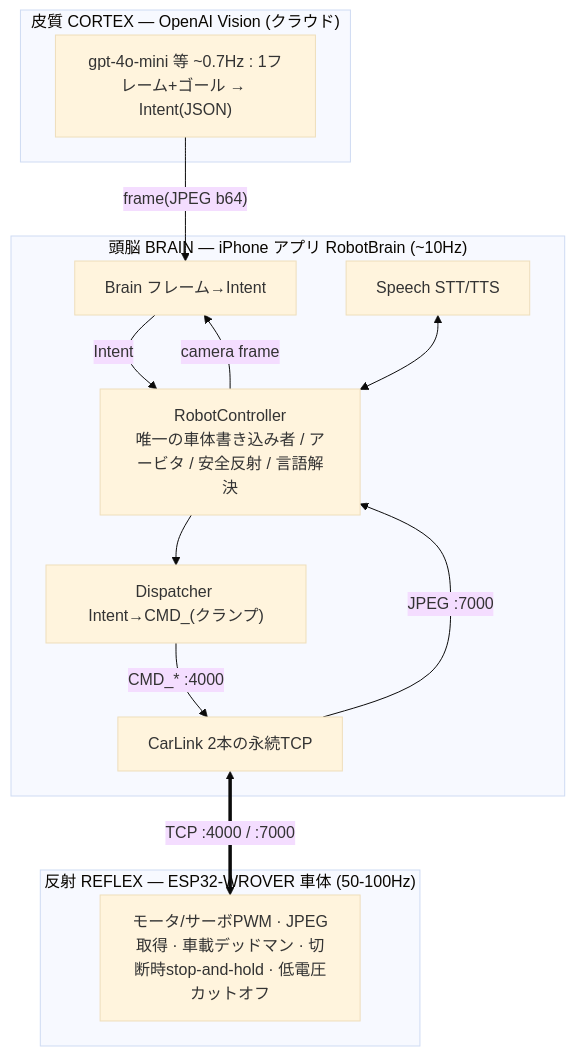
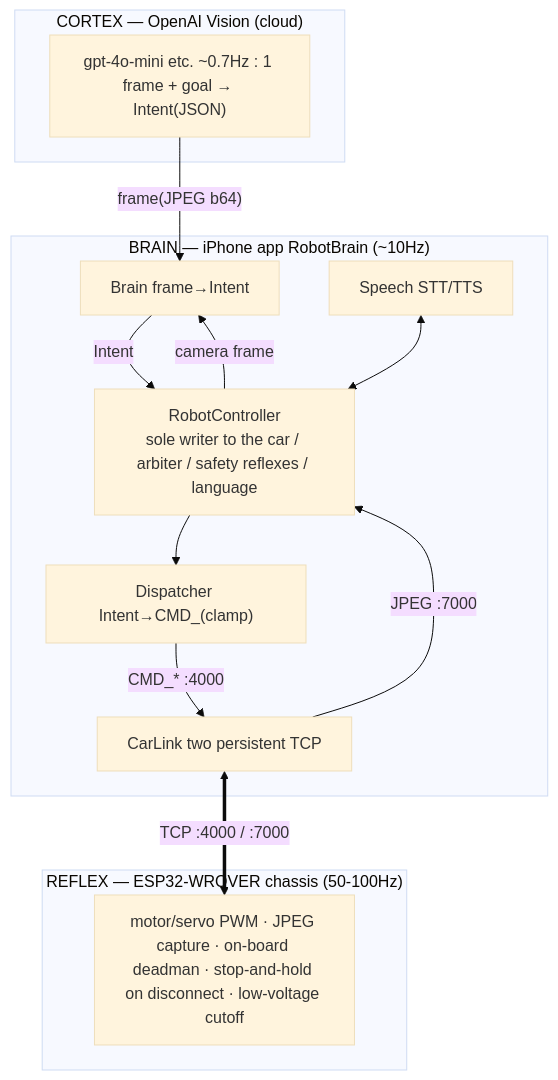
One commit to xingyangJP/esp32-ai-robot changed the first of 3 diagrams in DESIGN.md. Above: the diagram before and after it, drawn with Mermaid (base theme). The commit also changed other lines of this file and 4 other files, not shown here.

````diff
--- a/DESIGN.md
+++ b/DESIGN.md
@@ -54,24 +54,24 @@
 ```mermaid
 flowchart TB
-    subgraph CORTEX["皮質 CORTEX — OpenAI Vision (クラウド)"]
-        VLM["gpt-4o-mini 等 ~0.7Hz : 1フレーム+ゴール → Intent(JSON)"]
+    subgraph CORTEX["CORTEX — OpenAI Vision (cloud)"]
+        VLM["gpt-4o-mini etc. ~0.7Hz : 1 frame + goal → Intent(JSON)"]
     end
-    subgraph BRAIN["頭脳 BRAIN — iPhone アプリ RobotBrain (~10Hz)"]
-        RC["RobotController<br/>唯一の車体書き込み者 / アービタ / 安全反射 / 言語解決"]
-        BR["Brain フレーム→Intent"]
-        DP["Dispatcher Intent→CMD_(クランプ)"]
+    subgraph BRAIN["BRAIN — iPhone app RobotBrain (~10Hz)"]
+        RC["RobotController<br/>sole writer to the car / arbiter / safety reflexes / language"]
+        BR["Brain frame→Intent"]
+        DP["Dispatcher Intent→CMD_(clamp)"]
         SP["Speech STT/TTS"]
-        CL["CarLink 2本の永続TCP"]
+        CL["CarLink two persistent TCP"]
     end
-    subgraph REFLEX["反射 REFLEX — ESP32-WROVER 車体 (50-100Hz)"]
-        FW["モータ/サーボPWM · JPEG取得 · 車載デッドマン · 切断時stop-and-hold · 低電圧カットオフ"]
+    subgraph REFLEX["REFLEX — ESP32-WROVER chassis (50-100Hz)"]
+        FW["motor/servo PWM · JPEG capture · on-board deadman · stop-and-hold on disconnect · low-voltage cutoff"]
     end
     VLM -- "frame(JPEG b64)" --> BR
     BR -- "Intent" --> RC
     RC --> DP
     DP -- "CMD_* :4000" --> CL
     CL -- "JPEG :7000" --> RC
     RC -- "camera frame" --> BR
     CL <== "TCP :4000 / :7000" ==> FW
     SP <--> RC
 ```
````
